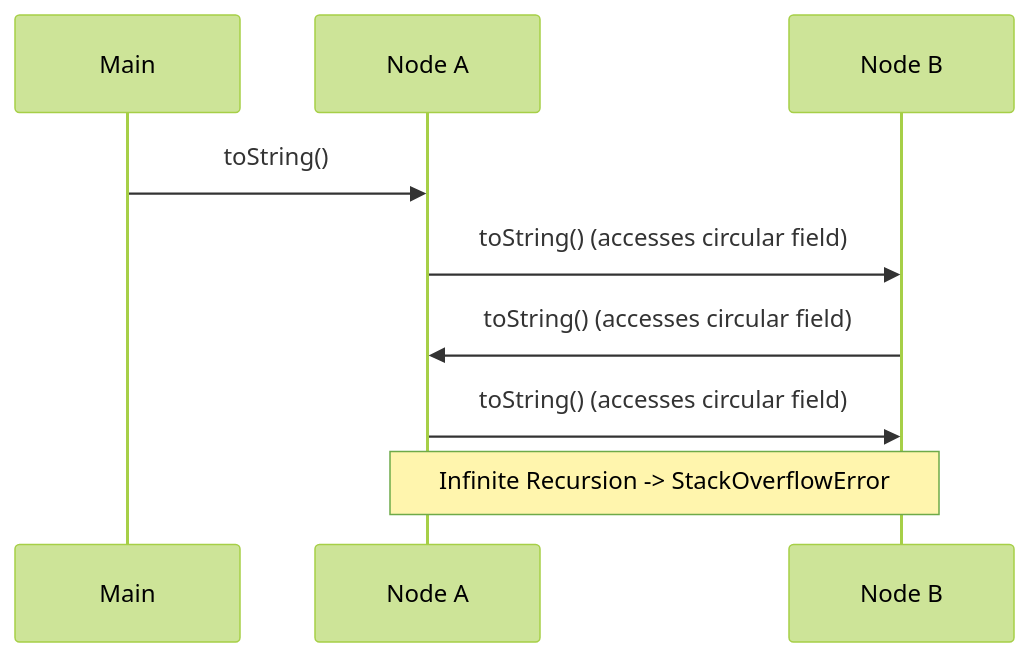
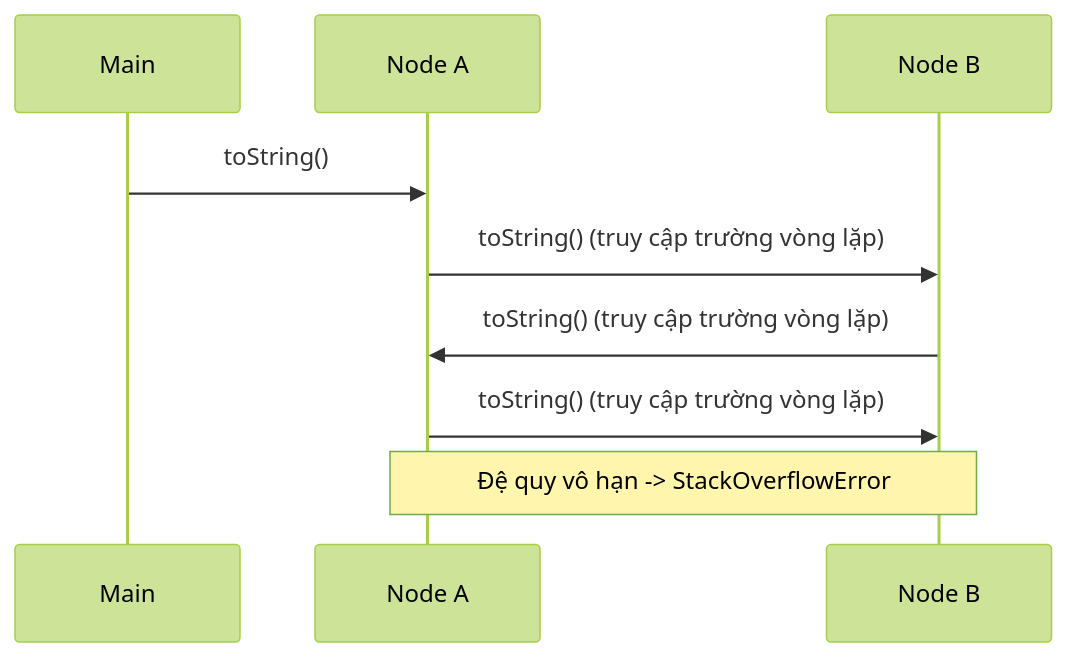
One commit to PhuThien2005/theoretical-of-java-core changed the first of 2 diagrams in vi/14-object-class/theory/01-tostring-concepts.md. Above: the diagram before and after it, drawn with Mermaid (forest theme). The commit also changed other lines of this file and 229 other files, not shown here.

````diff
--- a/vi/14-object-class/theory/01-tostring-concepts.md
+++ b/vi/14-object-class/theory/01-tostring-concepts.md
@@ -56,11 +56,11 @@
 ```mermaid
 sequenceDiagram
     participant Main
     participant NodeA as Node A
     participant NodeB as Node B
     Main->>NodeA: toString()
-    NodeA->>NodeB: toString() (accesses circular field)
-    NodeB->>NodeA: toString() (accesses circular field)
-    NodeA->>NodeB: toString() (accesses circular field)
-    Note over NodeA,NodeB: Infinite Recursion -> StackOverflowError
+    NodeA->>NodeB: toString() (truy cập trường vòng lặp)
+    NodeB->>NodeA: toString() (truy cập trường vòng lặp)
+    NodeA->>NodeB: toString() (truy cập trường vòng lặp)
+    Note over NodeA,NodeB: Đệ quy vô hạn -> StackOverflowError
 ```
````
